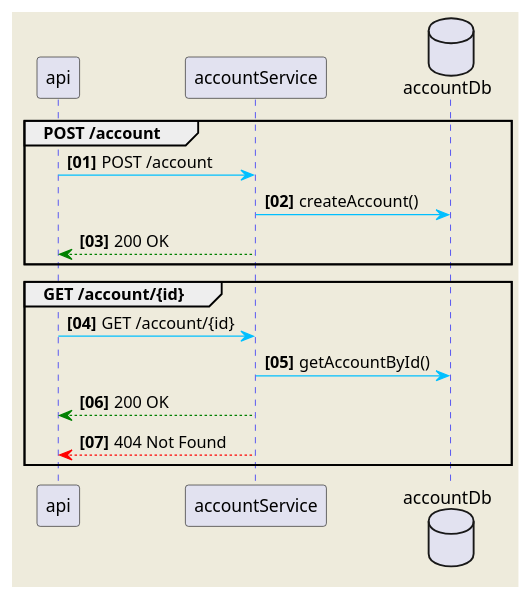
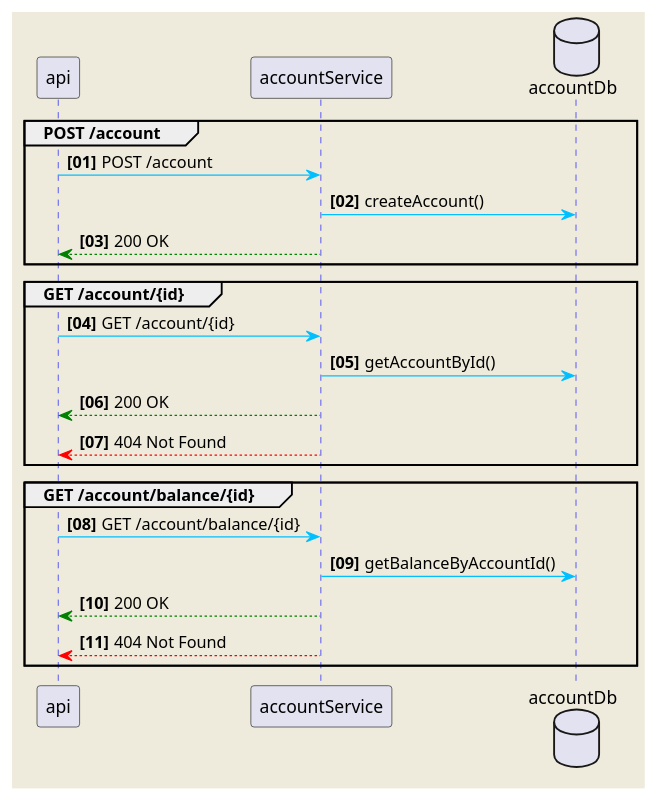
One commit to C0d3N1nJ4/Account changed the diagram in docs/account-service.plantuml. Above: the diagram before and after it, drawn with PlantUML. The commit also changed 3 other files, not shown here.

Commit message:
Implementing balance service

```diff
--- a/docs/account-service.plantuml
+++ b/docs/account-service.plantuml
@@ -1,23 +1,30 @@
 @startuml
 skinparam backgroundColor #EEEBDC
 skinparam sequence {
 ArrowColor DeepSkyBlue
 ActorBorderColor DeepSkyBlue
 LifeLineBorderColor blue
 LifeLineBackgroundColor #A9DCDF}
 
 autonumber 1 1 "<b>[00]"
     group POST /account
         api -> accountService: POST /account
         database    accountDb    as accountDb
         accountService -> accountDb: createAccount()
         api <-[#green]- accountService: 200 OK
     end
     group GET /account/{id}
         api -> accountService: GET /account/{id}
         database    accountDb    as accountDb
         accountService -> accountDb: getAccountById()
         api <-[#green]- accountService: 200 OK
         api <-[#red]- accountService: 404 Not Found
     end
+    group GET /account/balance/{id}
+        api -> accountService: GET /account/balance/{id}
+        database    accountDb    as accountDb
+        accountService -> accountDb: getBalanceByAccountId()
+        api <-[#green]- accountService: 200 OK
+        api <-[#red]- accountService: 404 Not Found
+    end
 @enduml
```
